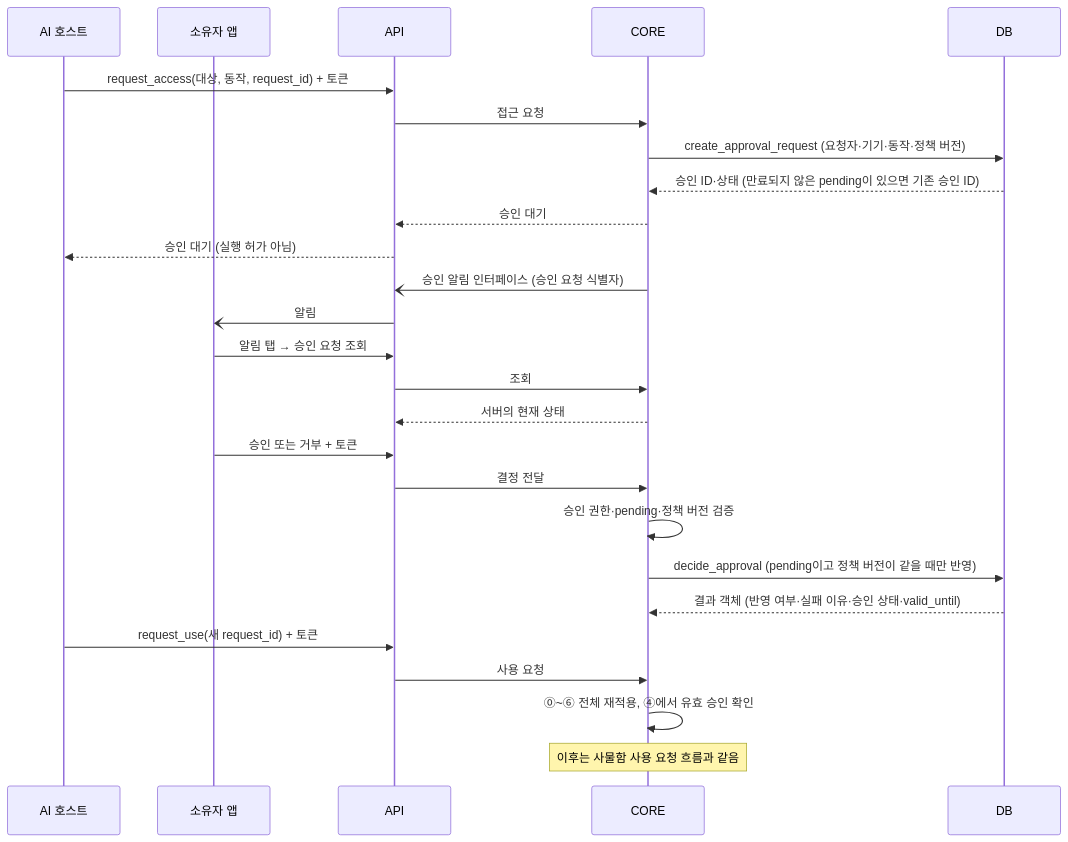
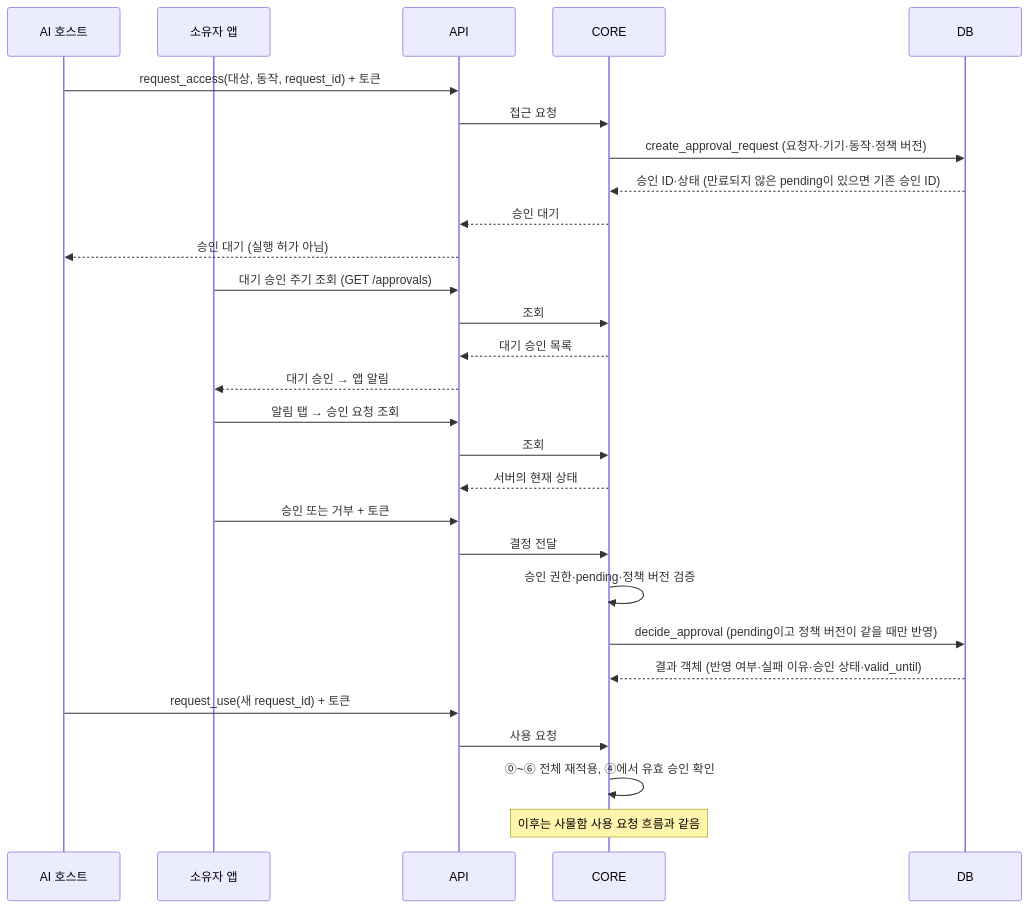
The third of 3 diagrams in docs/architecture.md (capstone-itda/nearpilot-server), drawn with Mermaid before and after one commit. The commit also changed other lines of this file and 9 other files, not shown here.

````diff
--- a/docs/architecture.md
+++ b/docs/architecture.md
@@ -1375,29 +1374,31 @@
 ```mermaid
 sequenceDiagram
     participant H as AI 호스트
     participant O as 소유자 앱
     participant A as API
     participant C as CORE
     participant D as DB
 
     H->>A: request_access(대상, 동작, request_id) + 토큰
     A->>C: 접근 요청
     C->>D: create_approval_request (요청자·기기·동작·정책 버전)
     D-->>C: 승인 ID·상태 (만료되지 않은 pending이 있으면 기존 승인 ID)
     C-->>A: 승인 대기
     A-->>H: 승인 대기 (실행 허가 아님)
-    C-)A: 승인 알림 인터페이스 (승인 요청 식별자)
-    A-)O: 알림
+    O->>A: 대기 승인 주기 조회 (GET /approvals)
+    A->>C: 조회
+    C-->>A: 대기 승인 목록
+    A-->>O: 대기 승인 → 앱 알림
     O->>A: 알림 탭 → 승인 요청 조회
     A->>C: 조회
     C-->>A: 서버의 현재 상태
     O->>A: 승인 또는 거부 + 토큰
     A->>C: 결정 전달
     C->>C: 승인 권한·pending·정책 버전 검증
     C->>D: decide_approval (pending이고 정책 버전이 같을 때만 반영)
     D-->>C: 결과 객체 (반영 여부·실패 이유·승인 상태·valid_until)
     H->>A: request_use(새 request_id) + 토큰
     A->>C: 사용 요청
     C->>C: ⓪~⑥ 전체 재적용, ④에서 유효 승인 확인
     Note over C: 이후는 사물함 사용 요청 흐름과 같음
 ```
````
